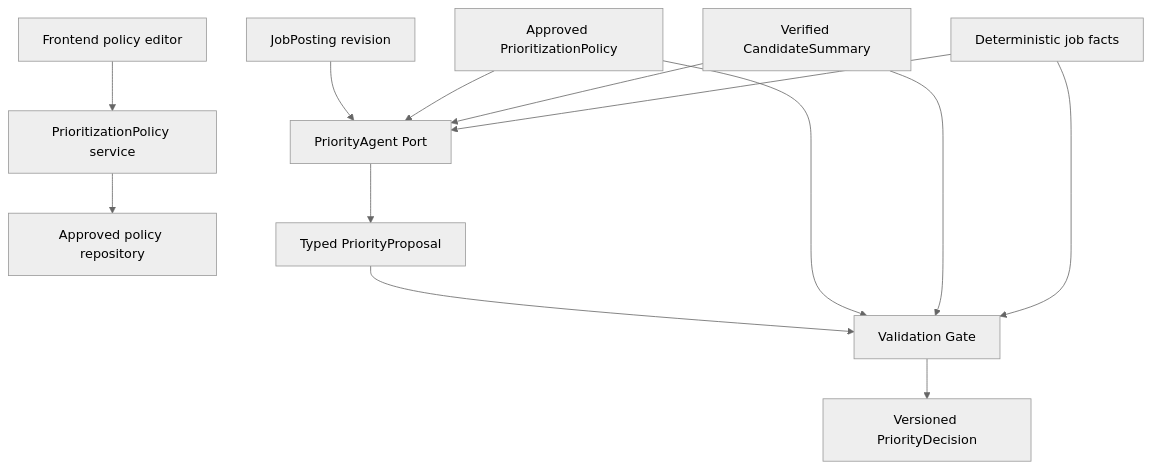
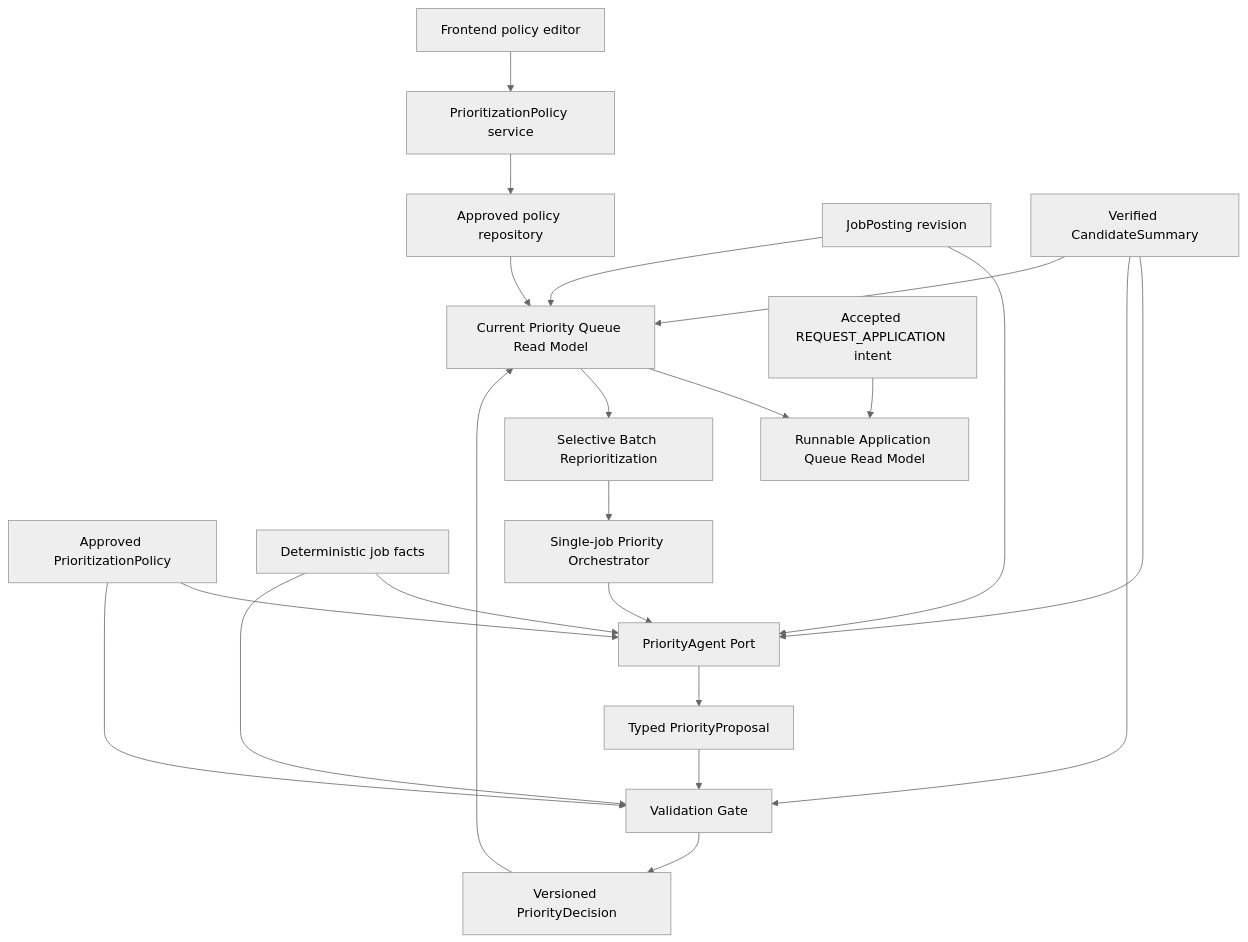
The third of 7 diagrams in development_doc/ARCHITECTURE.md (yuyao-wang/Jobops), drawn with Mermaid (neutral theme) before and after one commit. The commit also changed other lines of this file and 35 other files, not shown here.

First line of the commit message:
feat: complete priority read models and preparation evidence slices

````diff
--- a/development_doc/ARCHITECTURE.md
+++ b/development_doc/ARCHITECTURE.md
@@ -354,16 +373,25 @@
 ```mermaid
 flowchart TB
     UI["Frontend policy editor"] --> PS["PrioritizationPolicy service"]
     PS --> PR["Approved policy repository"]
 
     J["JobPosting revision"] --> PA["PriorityAgent Port"]
     P["Approved PrioritizationPolicy"] --> PA
     C["Verified CandidateSummary"] --> PA
     F["Deterministic job facts"] --> PA
     PA --> PP["Typed PriorityProposal"]
     PP --> V["Validation Gate"]
     P --> V
     C --> V
     F --> V
     V --> D["Versioned PriorityDecision"]
+    Q --> R["Runnable Application Queue Read Model"]
+    I["Accepted REQUEST_APPLICATION intent"] --> R
+    J --> Q["Current Priority Queue Read Model"]
+    PR --> Q
+    C --> Q
+    D --> Q
+    Q --> B["Selective Batch Reprioritization"]
+    B --> O["Single-job Priority Orchestrator"]
+    O --> PA
 ```
````
